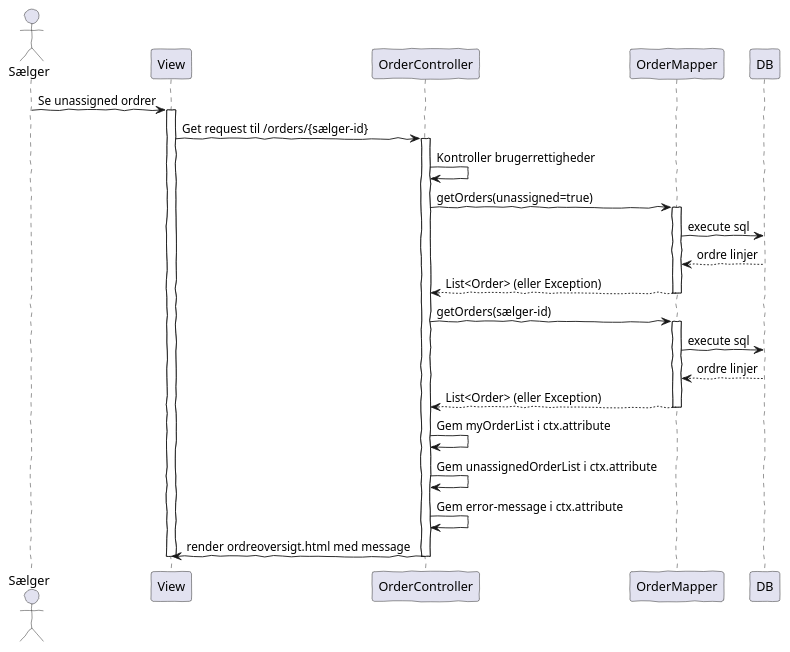
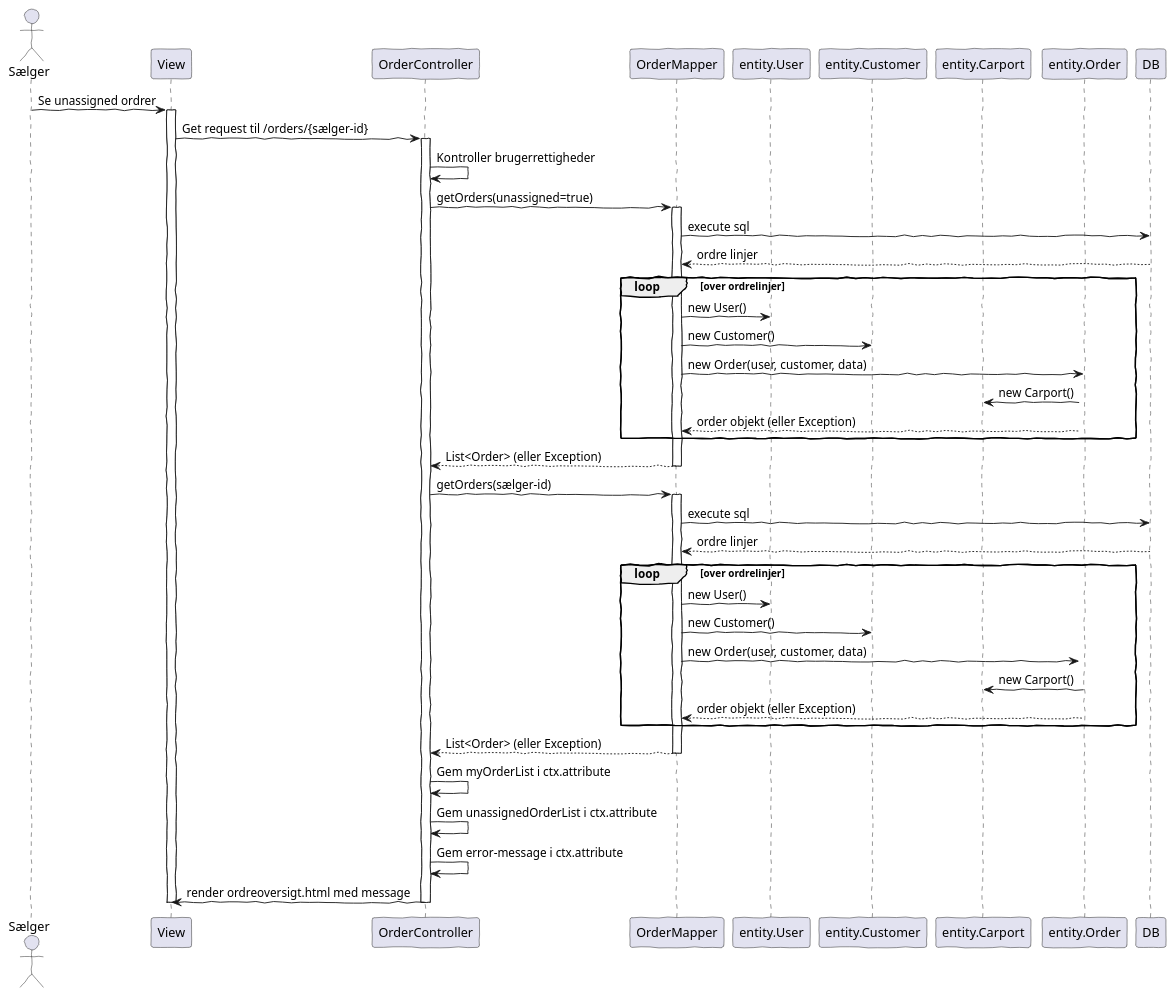
One commit to AndyTheDragon/Fog-projektet changed the diagram in docs/us4-sequence.puml. Above: the diagram before and after it, drawn with PlantUML.

Commit message:
opdateret sekvensdiagra mfor SU-4 med detaljer om Order objektet og dets samarbejde med OrderMapper og de andre entities.

```diff
--- a/docs/us4-sequence.puml
+++ b/docs/us4-sequence.puml
@@ -1,40 +1,60 @@
 @startuml
 'https://plantuml.com/sequence-diagram
 !pragma layout smetana
 skinparam handwritten true
 
 actor Sælger
 participant View as V
 participant "OrderController" as C
 participant "OrderMapper" as M
+participant entity.User as User
+participant entity.Customer as Customer
+participant entity.Carport as Carport
+participant entity.Order as Order
 participant DB
 
 
 Sælger -> V: Se unassigned ordrer
 activate V
 
 V -> C: Get request til /orders/{sælger-id}
 activate C
 C -> C: Kontroller brugerrettigheder
 C -> M: getOrders(unassigned=true)
 activate M
 M -> DB: execute sql
 DB --> M: ordre linjer
+loop over ordrelinjer
+    M -> User : new User()
+    M -> Customer: new Customer()
+    M -> Order: new Order(user, customer, data)
+    Order -> Carport: new Carport()
+    activate Order
+    Order --> M: order objekt (eller Exception)
+end
 M --> C: List<Order> (eller Exception)
 deactivate M
 
 C -> M: getOrders(sælger-id)
 activate M
 M -> DB: execute sql
 DB --> M: ordre linjer
+loop over ordrelinjer
+    M -> User : new User()
+    M -> Customer: new Customer()
+    M -> Order: new Order(user, customer, data)
+    Order -> Carport: new Carport()
+    activate Order
+    Order --> M: order objekt (eller Exception)
+end
 M --> C: List<Order> (eller Exception)
 deactivate M
 C -> C: Gem myOrderList i ctx.attribute
 C -> C: Gem unassignedOrderList i ctx.attribute
 C -> C: Gem error-message i ctx.attribute
 C -> V: render ordreoversigt.html med message
 deactivate C
 
 deactivate V
 
 @enduml
```
